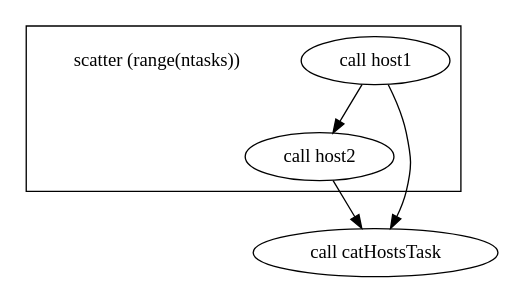
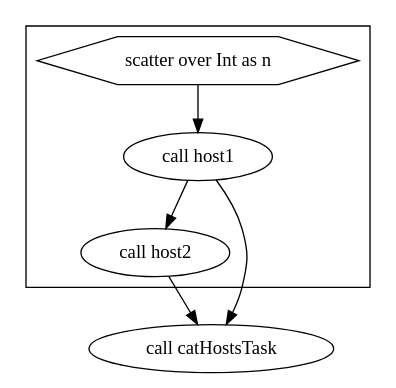
One commit to azzaea/scalability-tst changed the diagram in wdl/dag_wdl_hosts_workflow.dot. Above: the diagram before and after it, drawn with Graphviz. The commit also changed 30 other files, not shown here.

```diff
--- a/wdl/dag_wdl_hosts_workflow.dot
+++ b/wdl/dag_wdl_hosts_workflow.dot
@@ -1,14 +1,20 @@
 digraph hostwf {
+  #rankdir=LR;
   compound=true;
-  "call host1" -> "call catHostsTask" 
-  "call host2" -> "call catHostsTask" 
-  "call host1" -> "call host2" 
-  "call catHostsTask"
-  
-subgraph cluster_0 {
-  "call host1"
-  "call host2"
-  "scatter (range(ntasks))" [shape=plaintext]
+
+  # Links
+  CALL_host1 -> CALL_catHostsTask
+  CALL_host2 -> CALL_catHostsTask
+  SCATTER_0_VARIABLE_n -> CALL_host1
+  CALL_host1 -> CALL_host2
+
+  # Nodes
+  CALL_catHostsTask [label="call catHostsTask"]
+  subgraph cluster_0 {
+    style="filled,solid";
+    fillcolor=white;
+    CALL_host1 [label="call host1"]
+    CALL_host2 [label="call host2"]
+    SCATTER_0_VARIABLE_n [shape="hexagon" label="scatter over Int as n"]
+  }
 }
-      
-}
```
